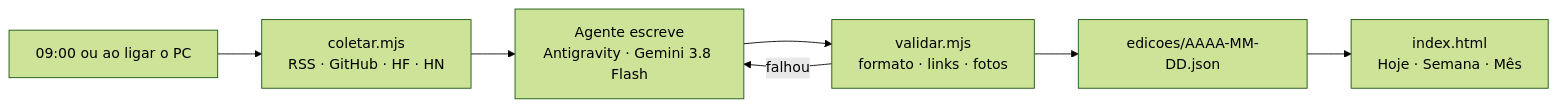
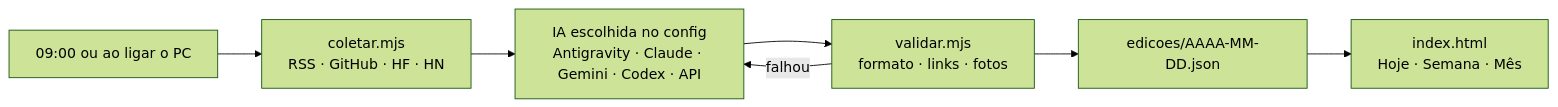
One commit to VinniciusXavier/diario-x changed the diagram in README.md. Above: the diagram before and after it, drawn with Mermaid (forest theme). The commit also changed other lines of this file and 6 other files, not shown here.

````diff
--- a/README.md
+++ b/README.md
@@ -52,9 +52,9 @@
 ```mermaid
 flowchart LR
     A[09:00 ou ao ligar o PC] --> B[coletar.mjs<br/>RSS · GitHub · HF · HN]
-    B --> C[Agente escreve<br/>Antigravity · Gemini 3.8 Flash]
+    B --> C[IA escolhida no config<br/>Antigravity · Claude · Gemini · Codex · API]
     C --> D[validar.mjs<br/>formato · links · fotos]
     D -->|falhou| C
     D --> E[edicoes/AAAA-MM-DD.json]
     E --> F[index.html<br/>Hoje · Semana · Mês]
 ```
````
